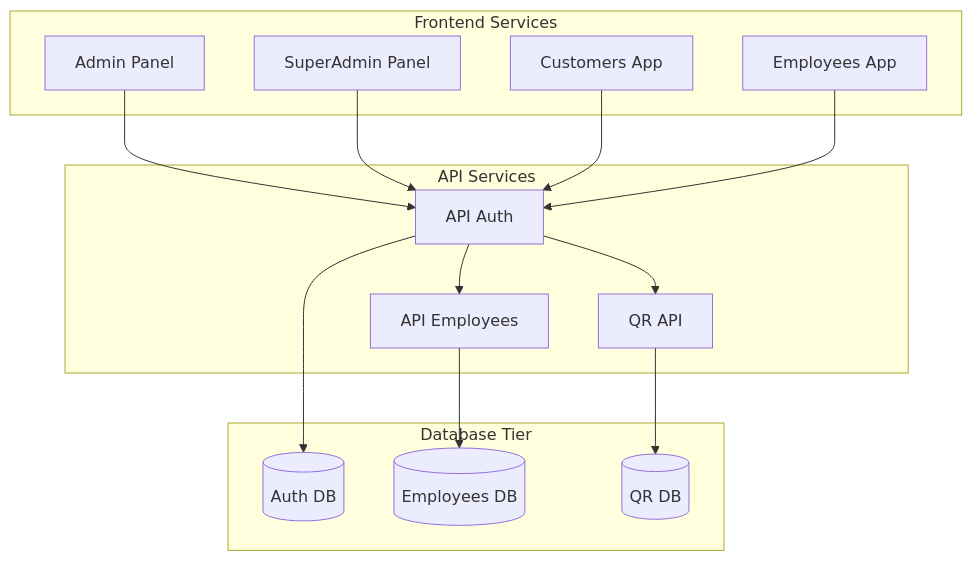
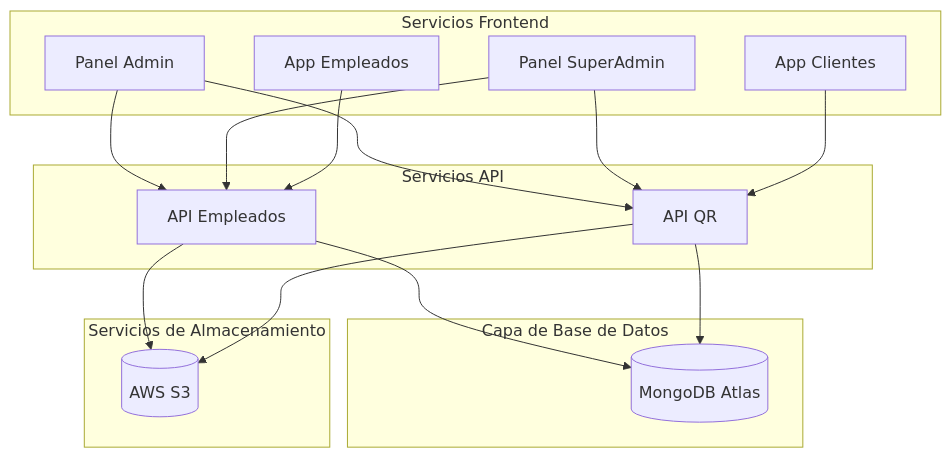
Before and after one commit to Pesgard/QR-Coats-docs: the diagram in docs/architecture/deployment/index.md, drawn with Mermaid. The commit also changed other lines of this file and 26 other files, not shown here.

Commit message:
Update documentation and sidebar structure; remove deprecated API Auth service, enhance employee and QR API documentation, and update homepage feature icons for improved clarity and visual consistency.

````diff
--- a/docs/architecture/deployment/index.md
+++ b/docs/architecture/deployment/index.md
@@ -13,33 +13,35 @@
 ```mermaid
 graph TD
-    subgraph "Frontend Services"
-        Admin[Admin Panel]
-        SuperAdmin[SuperAdmin Panel]
-        Customers[Customers App]
-        Employees[Employees App]
+    subgraph "Servicios Frontend"
+        Admin[Panel Admin]
+        SuperAdmin[Panel SuperAdmin]
+        Customers[App Clientes]
+        Employees[App Empleados]
     end
     
-    subgraph "API Services"
-        Auth[API Auth]
-        EmpAPI[API Employees]
-        QR[QR API]
+    subgraph "Servicios API"
+        EmpAPI[API Empleados]
+        QR[API QR]
     end
     
-    subgraph "Database Tier"
-        AuthDB[(Auth DB)]
-        EmpDB[(Employees DB)]
-        QRDB[(QR DB)]
+    subgraph "Capa de Base de Datos"
+        MongoDB[(MongoDB Atlas)]
     end
     
-    Admin --> Auth
-    SuperAdmin --> Auth
-    Customers --> Auth
-    Employees --> Auth
+    subgraph "Servicios de Almacenamiento"
+        S3[(AWS S3)]
+    end
     
-    Auth --> AuthDB
-    Auth --> QR
-    Auth --> EmpAPI
+    Admin --> EmpAPI
+    Admin --> QR
+    SuperAdmin --> EmpAPI
+    SuperAdmin --> QR
+    Customers --> QR
+    Employees --> EmpAPI
     
-    EmpAPI --> EmpDB
-    QR --> QRDB
+    EmpAPI --> MongoDB
+    QR --> MongoDB
+    
+    EmpAPI --> S3
+    QR --> S3
 ```
````
